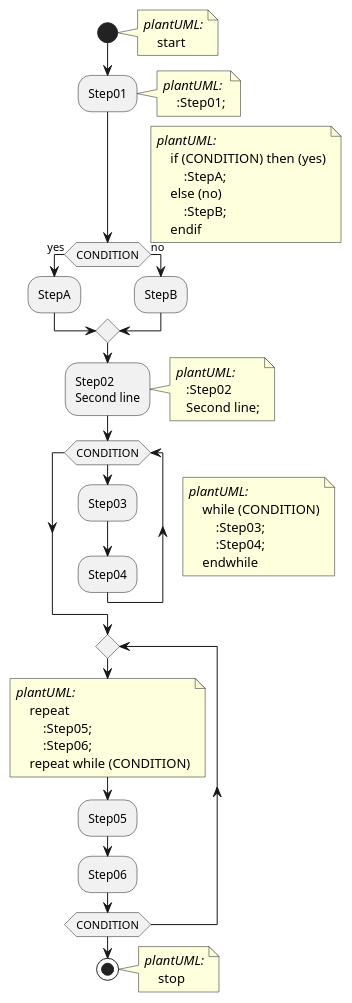
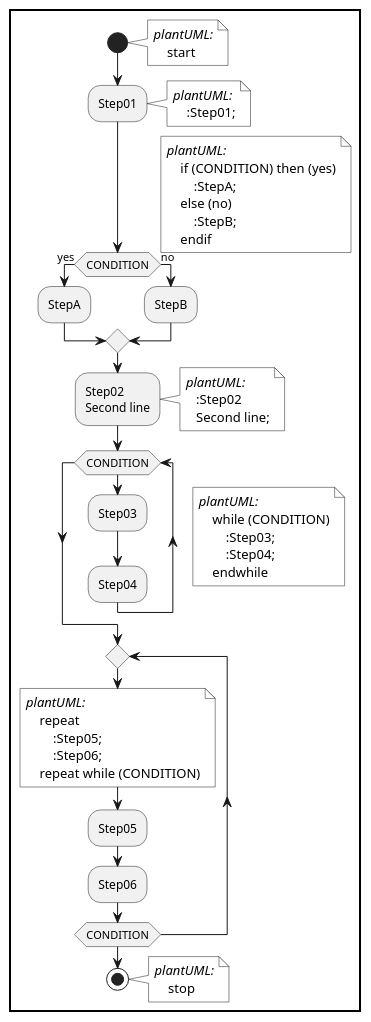
One commit to chraxo/UmlMarkdownCheatSheet changed diagram 16 of 32 in uml_markdown_summary.md. Above: the diagram before and after it, drawn with PlantUML. The commit also changed other lines of this file, not shown here.

```diff
--- a/uml_markdown_summary.md
+++ b/uml_markdown_summary.md
@@ -576,74 +574,79 @@
 @startuml
-    'skinparam classFontName Consolas
-    'skinparam classAttributeFontName Consolas
+    skinparam legendFontName Consolas
     skinparam noteFontName Consolas
+    skinparam noteBackgroundColor white
+    skinparam legendBackgroundColor white
+    skinparam legendBorderColor white
+    skinparam DiagramBorderColor black
+    skinparam DiagramBorderThickness 2
+    'skinparam style strictuml
+    'skinparam monochrome true
 
     'hide empty members
     'left to right direction
-    'skinparam style strictuml
 
     start
     note right
         //plantUML://
             start
     end note
 
     :Step01;
     note right
         //plantUML://
             :Step01;
     end note
 
     if (CONDITION) then (yes)
         :StepA;
     else (no)
         :StepB;
     endif
     note right
         //plantUML://
             if (CONDITION) then (yes)
                 :StepA;
             else (no)
                 :StepB;
             endif
     end note
 
     :Step02
     Second line;
     note right
         //plantUML://
            :Step02
            Second line;
     end note
 
     while (CONDITION)
         note right
             //plantUML://
                 while (CONDITION)
                     :Step03;
                     :Step04;
                 endwhile
         end note
         :Step03;
         :Step04;
     endwhile
     
     repeat
         note
             //plantUML://
                 repeat
                     :Step05;
                     :Step06;
                 repeat while (CONDITION)
         end note
         
         :Step05;
         :Step06;
     repeat while (CONDITION)
     
     stop
     note right
         //plantUML://
             stop
     end note
 @enduml
```
